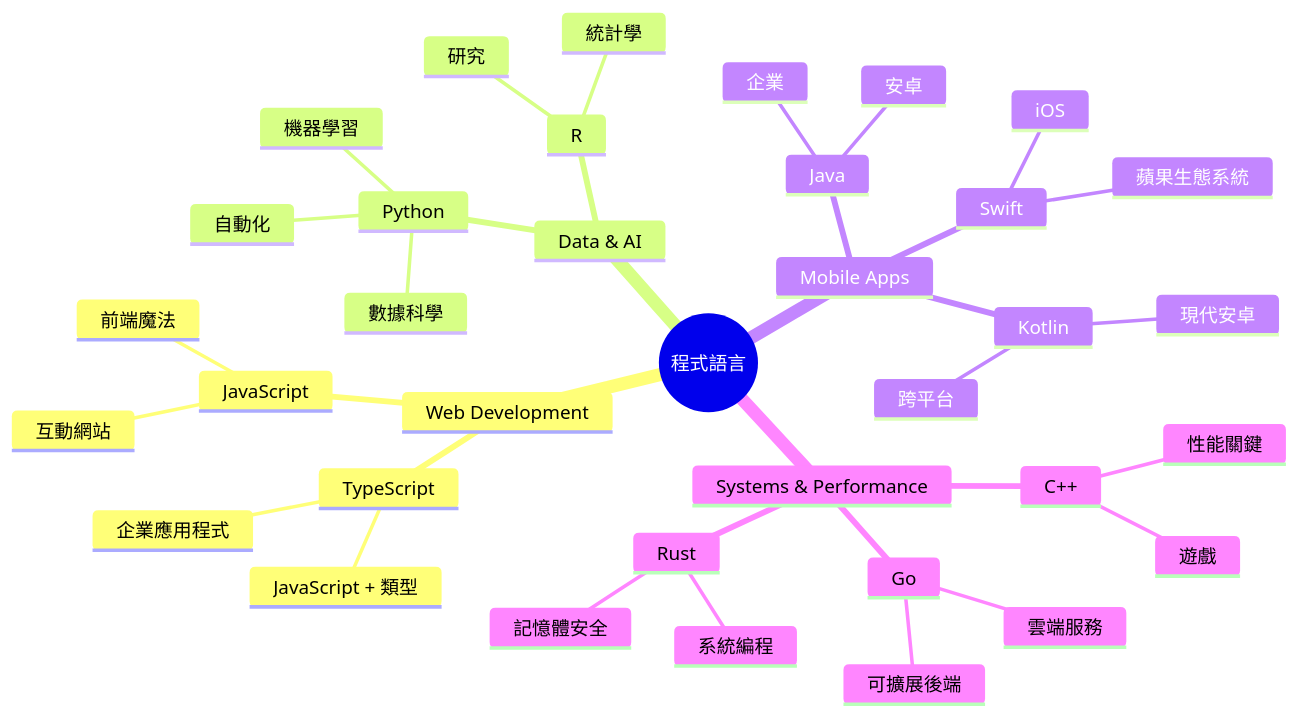
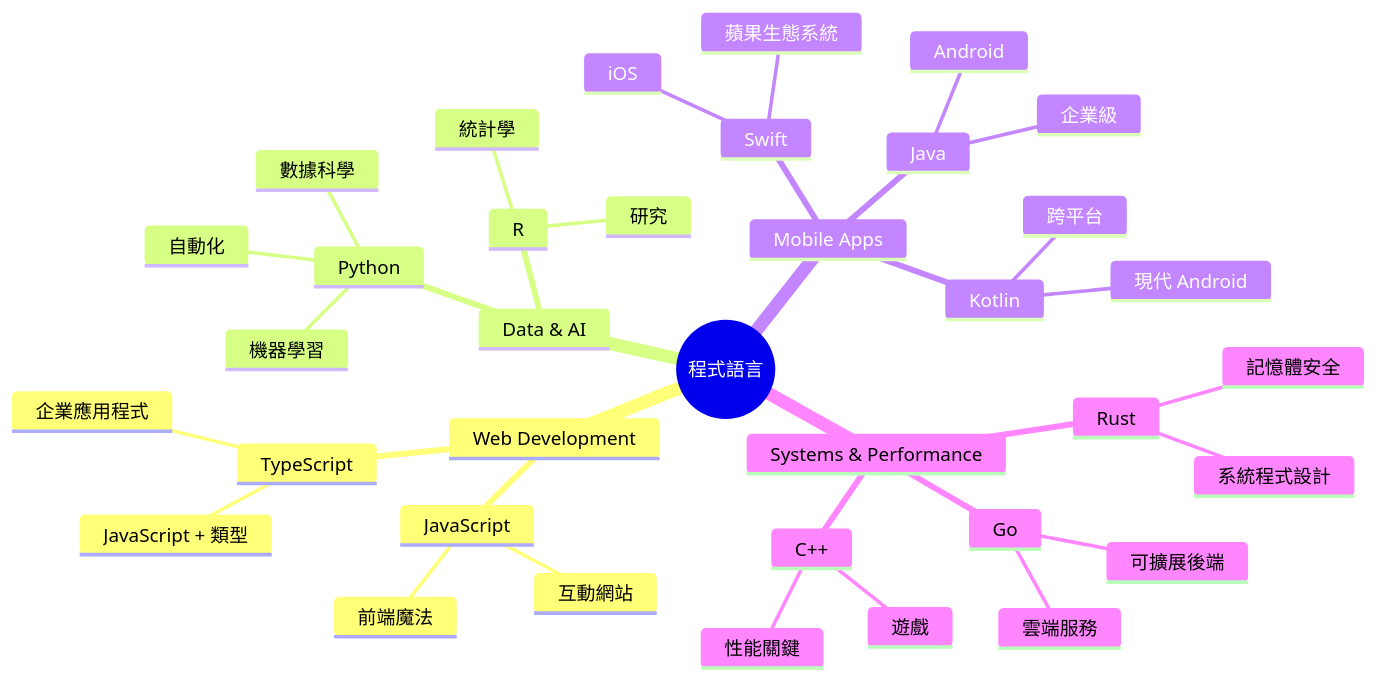
Before and after one commit to microsoft/Web-Dev-For-Beginners: the second of 7 diagrams in translations/zh-HK/1-getting-started-lessons/1-intro-to-programming-languages/README.md, drawn with Mermaid. The commit also changed other lines of this file and 8 other files, not shown here.

````diff
--- a/translations/zh-HK/1-getting-started-lessons/1-intro-to-programming-languages/README.md
+++ b/translations/zh-HK/1-getting-started-lessons/1-intro-to-programming-languages/README.md
@@ -85,39 +85,39 @@
 ```mermaid
 mindmap
   root((程式語言))
     Web Development
       JavaScript
         前端魔法
         互動網站
       TypeScript
         JavaScript + 類型
         企業應用程式
     Data & AI
       Python
         數據科學
         機器學習
         自動化
       R
         統計學
         研究
     Mobile Apps
       Java
-        安卓
-        企業
+        Android
+        企業級
       Swift
         iOS
         蘋果生態系統
       Kotlin
-        現代安卓
+        現代 Android
         跨平台
     Systems & Performance
       C++
         遊戲
         性能關鍵
       Rust
         記憶體安全
-        系統編程
+        系統程式設計
       Go
         雲端服務
         可擴展後端
 ```
````
